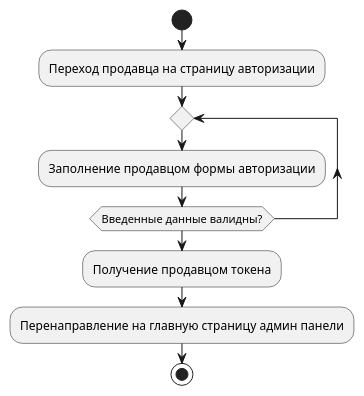
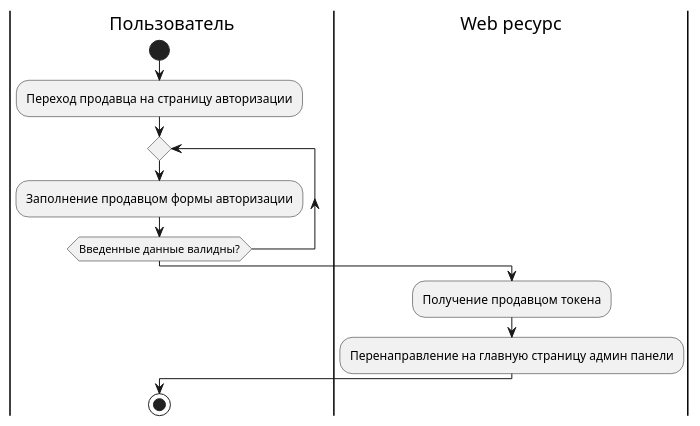
One commit to zadroshu/diagrams changed the diagram in activity_diagrams/seller_authorization.puml. Above: the diagram before and after it, drawn with PlantUML. The commit also changed 8 other files, not shown here.

Commit message:
add Actors to activity diagrams

```diff
--- a/activity_diagrams/seller_authorization.puml
+++ b/activity_diagrams/seller_authorization.puml
@@ -1,15 +1,17 @@
 @startuml
 'https://plantuml.com/activity-diagram-beta
 
+|Пользователь|
 start
 :Переход продавца на страницу авторизации;
 
 repeat
   :Заполнение продавцом формы авторизации;
 repeat while (Введенные данные валидны?)
+|Web ресурс|
 :Получение продавцом токена;
 :Перенаправление на главную страницу админ панели;
-
+|Пользователь|
 stop
 
 @enduml
```
